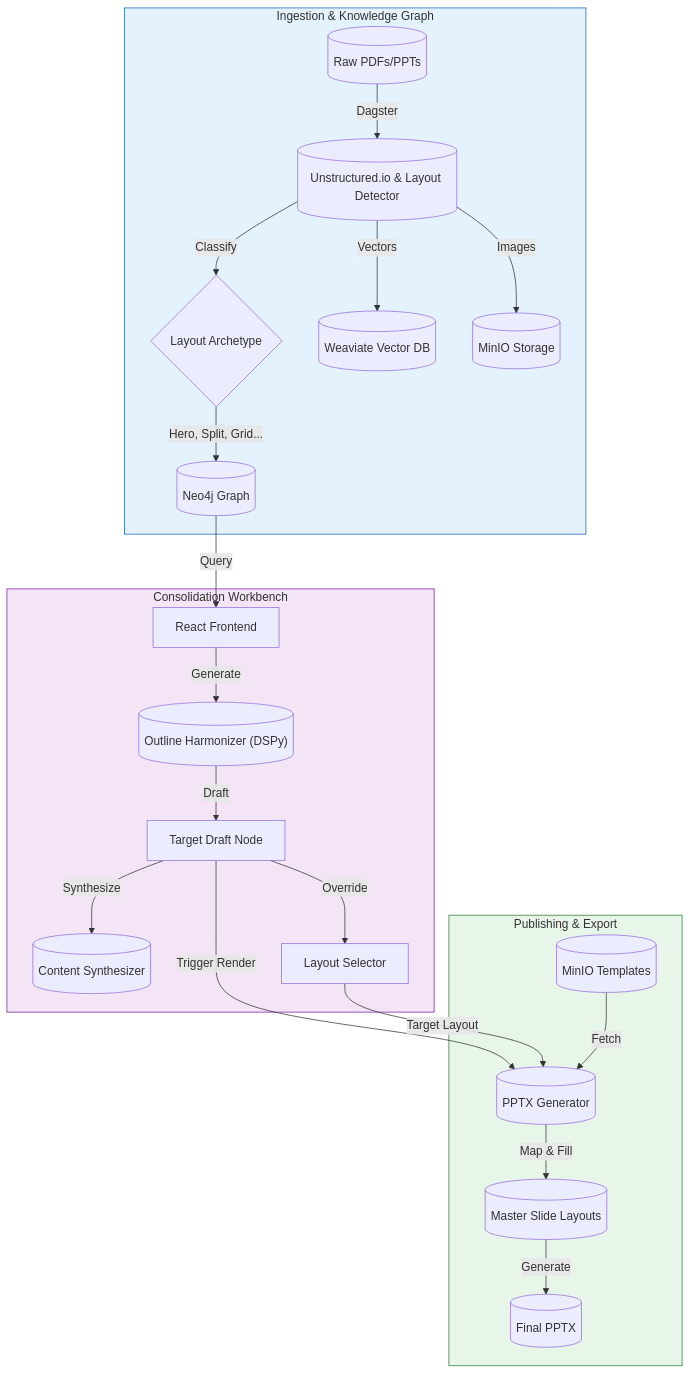
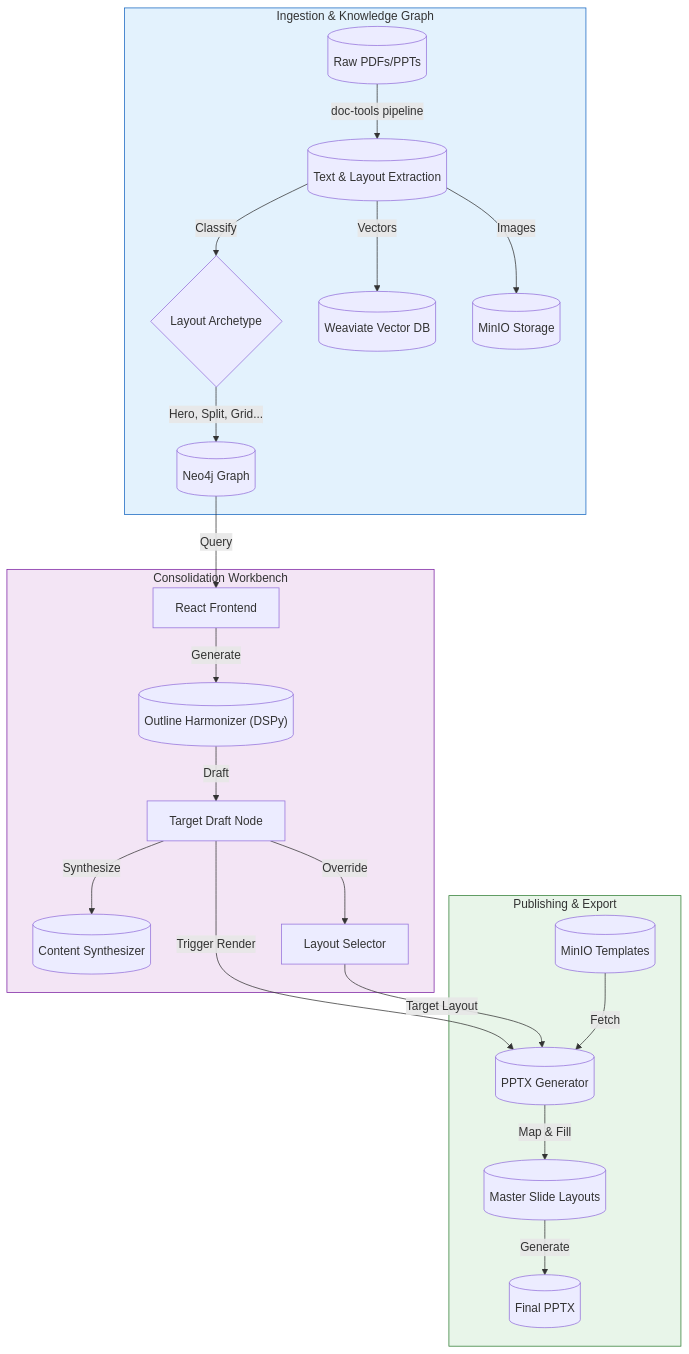
One commit to edgy-solutions/training-consolidation-workbench changed the diagram in README.md. Above: the diagram before and after it, drawn with Mermaid. The commit also changed other lines of this file and 46 other files, not shown here.

````diff
--- a/README.md
+++ b/README.md
@@ -39,30 +35,30 @@
 ```mermaid
 graph TD
     subgraph Ingestion ["Ingestion & Knowledge Graph"]
-        RawDocs[("Raw PDFs/PPTs")] -->|Dagster| Processing[("Unstructured.io & Layout Detector")]
+        RawDocs[("Raw PDFs/PPTs")] -->|doc-tools pipeline| Processing[("Text & Layout Extraction")]
         Processing -->|Classify| Archetype{Layout Archetype}
         Archetype -->|Hero, Split, Grid...| Neo4j[(Neo4j Graph)]
         Processing -->|Vectors| Weaviate[(Weaviate Vector DB)]
         Processing -->|Images| MinIO[(MinIO Storage)]
     end
 
     subgraph Workbench ["Consolidation Workbench"]
         Neo4j -->|Query| UI[React Frontend]
         UI -->|Generate| Skeleton[("Outline Harmonizer (DSPy)")]
         Skeleton -->|Draft| DraftNode[Target Draft Node]
         DraftNode -->|Synthesize| Synthesis[("Content Synthesizer")]
         DraftNode -->|Override| LayoutSelect[Layout Selector]
     end
 
     subgraph Publishing ["Publishing & Export"]
         DraftNode -->|Trigger Render| ExportEngine[("PPTX Generator")]
         LayoutSelect -->|Target Layout| ExportEngine
         Template[("MinIO Templates")] -->|Fetch| ExportEngine
         ExportEngine -->|Map & Fill| MasterSlides[("Master Slide Layouts")]
         MasterSlides -->|Generate| Output[("Final PPTX")]
     end
 
     style Ingestion fill:#e3f2fd,stroke:#1565c0
     style Workbench fill:#f3e5f5,stroke:#7b1fa2
     style Publishing fill:#e8f5e9,stroke:#2e7d32
 ```
````
